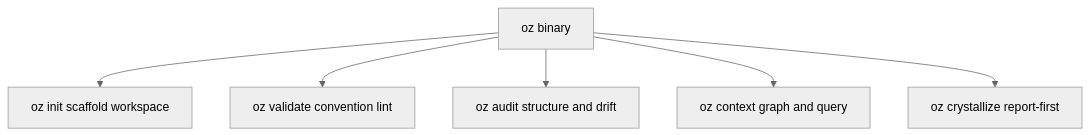
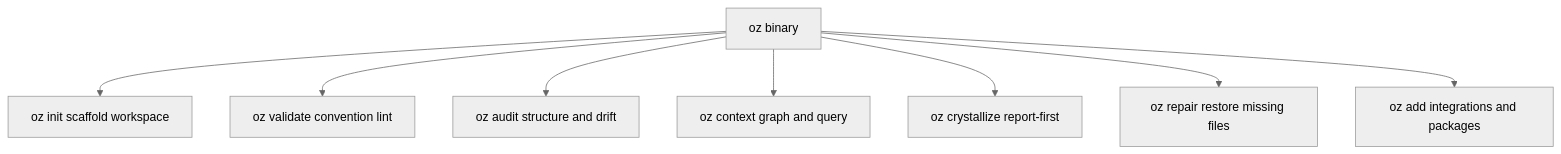
Before and after one commit to joaoajmatos/oz: the third of 3 diagrams in specs/oz-project-specification.md, drawn with Mermaid (neutral theme). The commit also changed other lines of this file and 7 other files, not shown here.

````diff
--- a/specs/oz-project-specification.md
+++ b/specs/oz-project-specification.md
@@ -187,9 +187,11 @@
 ```mermaid
 flowchart TB
   binary["oz binary"]
   binary --> initCmd["oz init scaffold workspace"]
   binary --> validateCmd["oz validate convention lint"]
   binary --> auditCmd["oz audit structure and drift"]
   binary --> contextCmd["oz context graph and query"]
   binary --> crystallizeCmd["oz crystallize report-first"]
+  binary --> repairCmd["oz repair restore missing files"]
+  binary --> addCmd["oz add integrations and packages"]
 ```
````
